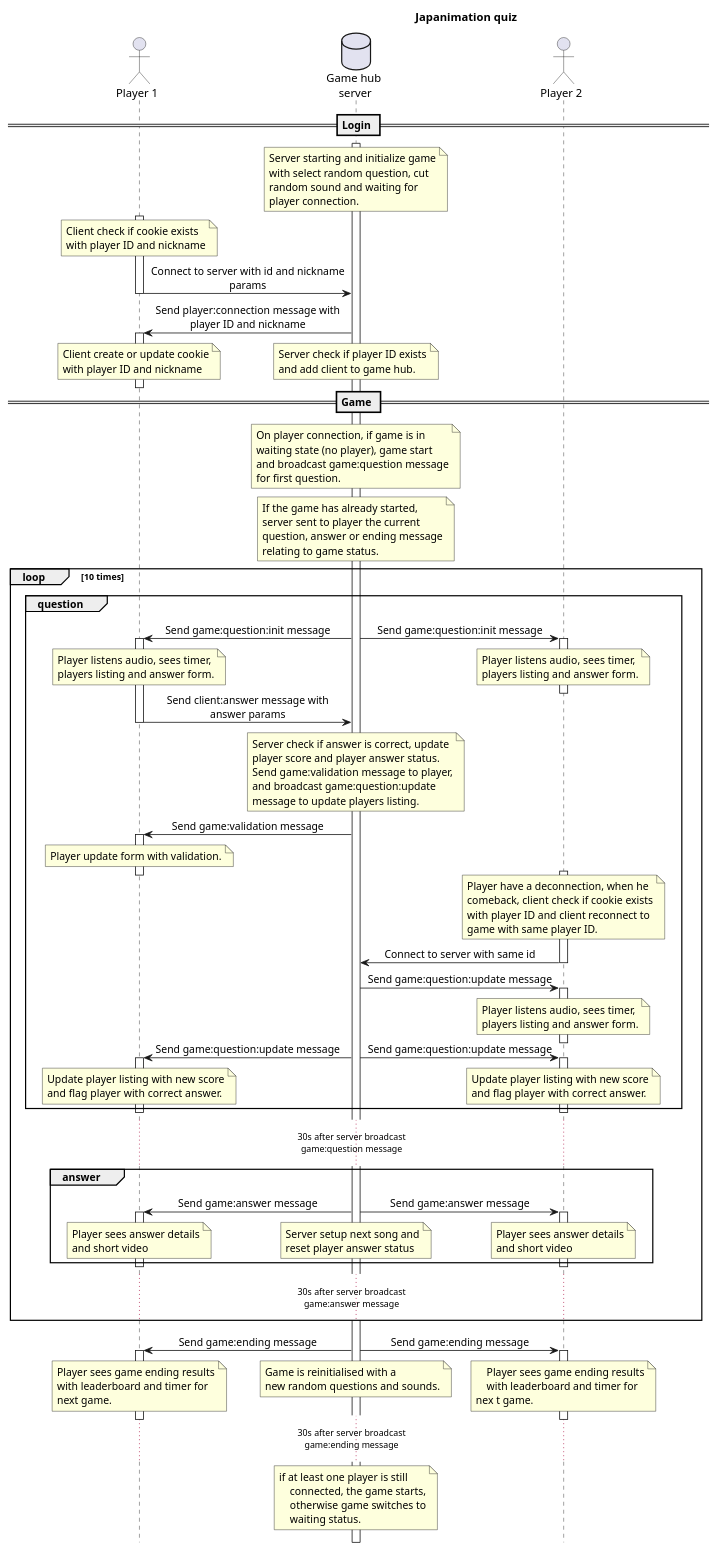
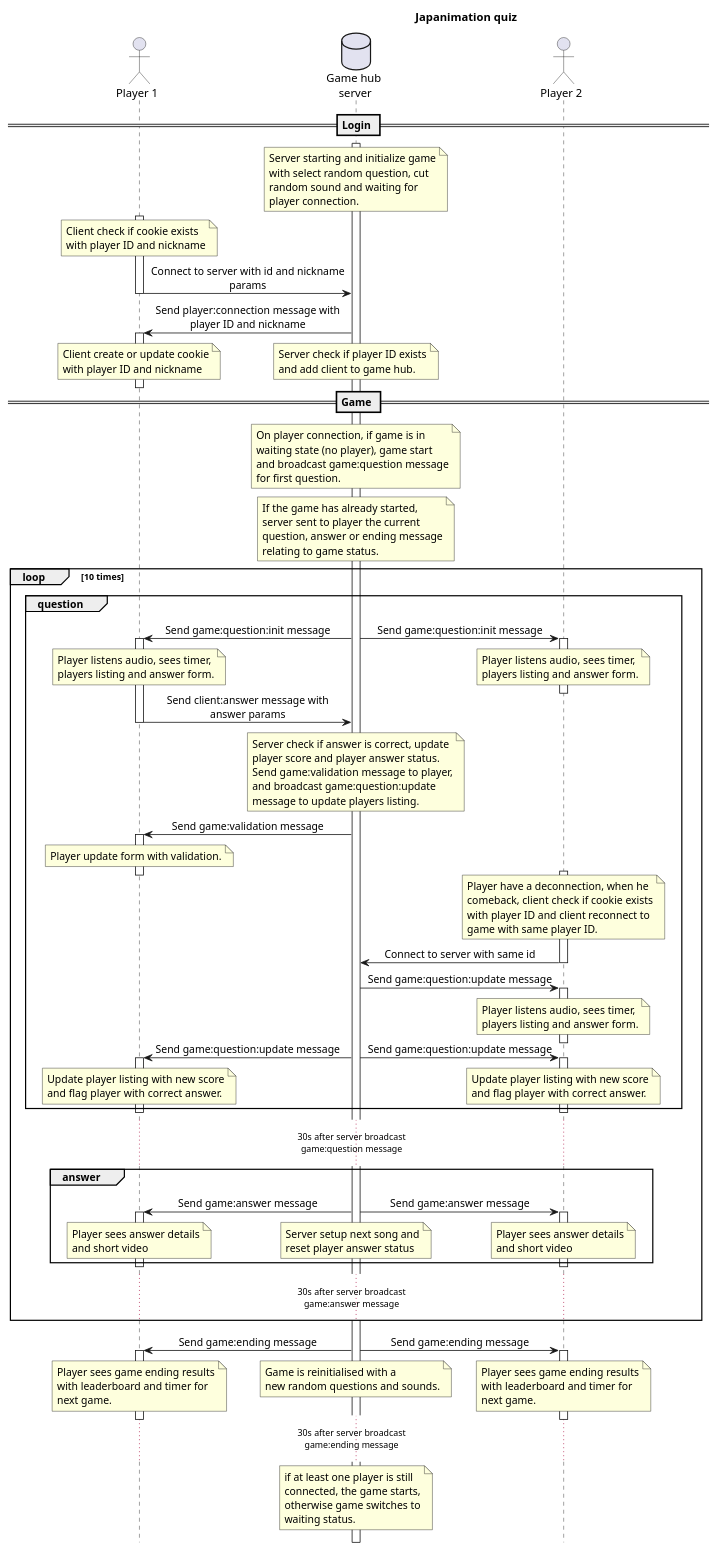
One commit to bersiroth/japanimation-quiz changed the diagram in client/Game.puml. Above: the diagram before and after it, drawn with PlantUML. The commit also changed 3 other files, not shown here.

```diff
--- a/client/Game.puml
+++ b/client/Game.puml
@@ -1,183 +1,183 @@
 @startuml
 'https://plantuml.com/sequence-diagram
 scale 1
 hide footbox
 skinparam maxMessageSize 250
 !pragma teoz true
 skinparam sequenceMessageAlign center
 
 title Japanimation quiz
 
 actor "Player 1" as Player
 database "Game hub\n server" as Server
 actor "Player 2" as Player2
 
 == Login ==
 
 activate Server
 note over Server
     Server starting and initialize game
     with select random question, cut
     random sound and waiting for
     player connection.
 end note
 
 activate Player
 note over Player
     Client check if cookie exists
     with player ID and nickname
 end note
 Player -> Server: Connect to server with id and nickname params
 deactivate Player
 
 Server -> Player: Send player:connection message with player ID and nickname
 
 activate Player
 note over Player
     Client create or update cookie
     with player ID and nickname
 end note
 /note over Server
     Server check if player ID exists
     and add client to game hub.
 end note
 deactivate Player
 
 == Game ==
 
 note over Server
     On player connection, if game is in
     waiting state (no player), game start
     and broadcast game:question message
     for first question.
 end note
 note over Server
     If the game has already started,
     server sent to player the current
     question, answer or ending message
     relating to game status.
 end note
 
 loop 10 times
     group question
         Server -> Player: Send game:question:init message
         & Server -> Player2: Send game:question:init message
 
         activate Player
         activate Player2
         note over Player
             Player listens audio, sees timer,
             players listing and answer form.
         end note
         /note over Player2
             Player listens audio, sees timer,
             players listing and answer form.
         end note
         deactivate Player2
 
         Player -> Server: Send client:answer message with answer params
         deactivate Player
         note over Server
             Server check if answer is correct, update
             player score and player answer status.
             Send game:validation message to player,
             and broadcast game:question:update
             message to update players listing.
         end note
 
         Server -> Player: Send game:validation message
         activate Player
         note over Player
             Player update form with validation.
         end note
         deactivate Player
 
         activate Player2
         note over Player2
             Player have a deconnection, when he
             comeback, client check if cookie exists
             with player ID and client reconnect to
             game with same player ID.
         end note
         Player2 -> Server: Connect to server with same id
         deactivate Player2
         Server -> Player2: Send game:question:update message
         activate Player2
         note over Player2
             Player listens audio, sees timer,
             players listing and answer form.
         end note
         deactivate Player2
 
         Server -> Player: Send game:question:update message
         & Server -> Player2: Send game:question:update message
         activate Player
         activate Player2
         note over Player
             Update player listing with new score
             and flag player with correct answer.
         end note
         /note over Player2
             Update player listing with new score
             and flag player with correct answer.
         end note
         deactivate Player2
         deactivate Player
     end
     ...30s after server broadcast\ngame:question message...
 
     group answer
         Server -> Player: Send game:answer message
         & Server -> Player2: Send game:answer message
         activate Player
         activate Player2
         note over Player
             Player sees answer details
             and short video
         end note
         /note over Player2
             Player sees answer details
             and short video
         end note
         /note over Server
             Server setup next song and
             reset player answer status
         end note
         deactivate Player2
         deactivate Player
     end
     ...30s after server broadcast\ngame:answer message...
 
 end
 
 Server -> Player: Send game:ending message
 & Server -> Player2: Send game:ending message
 activate Player
 activate Player2
 note over Player
     Player sees game ending results
     with leaderboard and timer for
     next game.
 end note
 /note over Player2
     Player sees game ending results
     with leaderboard and timer for
-nex t game.
+    next game.
 end note
 /note over Server
     Game is reinitialised with a
     new random questions and sounds.
 end note
 deactivate Player2
 deactivate Player
 
 ...30s after server broadcast\ngame:ending message...
 
 note over Server
-if at least one player is still
+    if at least one player is still
     connected, the game starts,
     otherwise game switches to
     waiting status.
 end note
 
 @enduml
```
